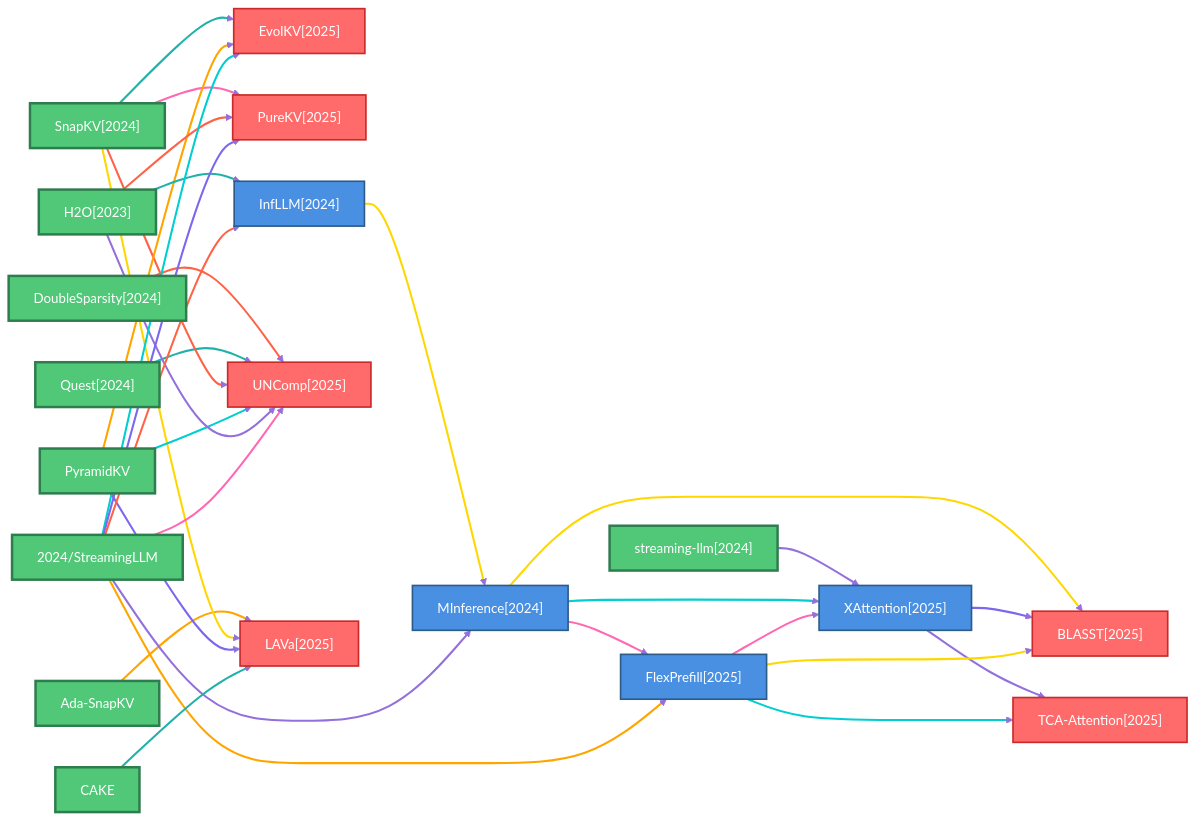
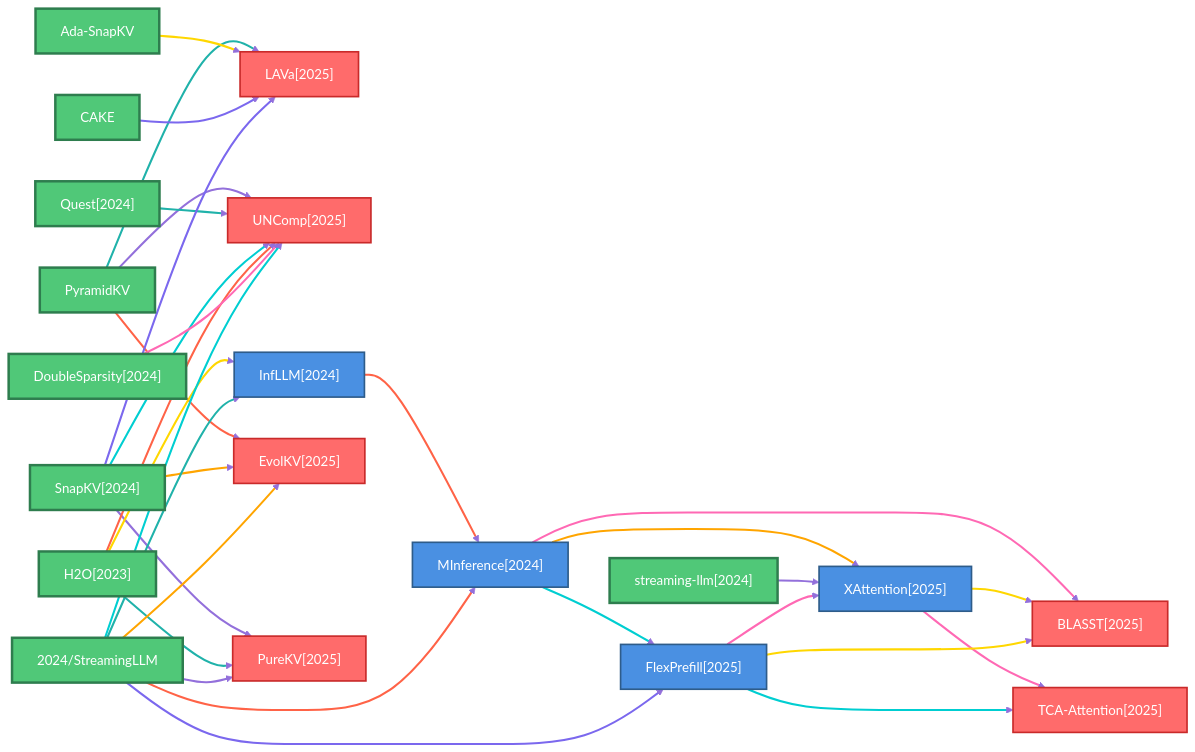
One commit to hustzxd/EfficientPaper changed the fourth of 6 diagrams in docs/baseline_methods_graph.md. Above: the diagram before and after it, drawn with Mermaid (neutral theme). The commit also changed other lines of this file and 9 other files, not shown here.

```diff
--- a/docs/baseline_methods_graph.md
+++ b/docs/baseline_methods_graph.md
@@ -131,98 +131,98 @@
     classDef leafNode fill:#FF6B6B,stroke:#C92A2A,stroke-width:2px,color:#fff
     linkStyle default stroke:#9370DB,stroke-width:2px
 
+    2025_LAVa["LAVa[2025]"]
+    class 2025_LAVa leafNode
+    PyramidKV["PyramidKV"]
+    class PyramidKV rootNode
+    2025_UNComp["UNComp[2025]"]
+    class 2025_UNComp leafNode
+    Ada_SnapKV["Ada-SnapKV"]
+    class Ada_SnapKV rootNode
+    2024_MInference["MInference[2024]"]
+    class 2024_MInference defaultNode
+    CAKE["CAKE"]
+    class CAKE rootNode
     2024_streaming_llm["streaming-llm[2024]"]
     class 2024_streaming_llm rootNode
-    2024_DoubleSparsity["DoubleSparsity[2024]"]
-    class 2024_DoubleSparsity rootNode
+    2024_InfLLM["InfLLM[2024]"]
+    class 2024_InfLLM defaultNode
+    2025_EvolKV["EvolKV[2025]"]
+    class 2025_EvolKV leafNode
     2024_Quest["Quest[2024]"]
     class 2024_Quest rootNode
-    2025_BLASST["BLASST[2025]"]
-    class 2025_BLASST leafNode
-    2025_EvolKV["EvolKV[2025]"]
-    class 2025_EvolKV leafNode
-    2024_MInference["MInference[2024]"]
-    class 2024_MInference defaultNode
-    Ada_SnapKV["Ada-SnapKV"]
-    class Ada_SnapKV rootNode
-    2025_PureKV["PureKV[2025]"]
-    class 2025_PureKV leafNode
     2025_XAttention["XAttention[2025]"]
     class 2025_XAttention defaultNode
     2024_SnapKV["SnapKV[2024]"]
     class 2024_SnapKV rootNode
-    PyramidKV["PyramidKV"]
-    class PyramidKV rootNode
+    2025_BLASST["BLASST[2025]"]
+    class 2025_BLASST leafNode
+    2025_PureKV["PureKV[2025]"]
+    class 2025_PureKV leafNode
     2023_H2O["H2O[2023]"]
     class 2023_H2O rootNode
+    2024_DoubleSparsity["DoubleSparsity[2024]"]
+    class 2024_DoubleSparsity rootNode
     2025_TCA_Attention["TCA-Attention[2025]"]
     class 2025_TCA_Attention leafNode
-    2024_InfLLM["InfLLM[2024]"]
-    class 2024_InfLLM defaultNode
-    2025_UNComp["UNComp[2025]"]
-    class 2025_UNComp leafNode
     2024_StreamingLLM["2024/StreamingLLM"]
     class 2024_StreamingLLM rootNode
-    CAKE["CAKE"]
-    class CAKE rootNode
-    2025_LAVa["LAVa[2025]"]
-    class 2025_LAVa leafNode
     2025_FlexPrefill["FlexPrefill[2025]"]
     class 2025_FlexPrefill defaultNode
 
+    PyramidKV ==>|" "| 2025_UNComp
+    linkStyle 0 stroke:#9370DB,stroke-width:2.5px
+    PyramidKV ==>|" "| 2025_EvolKV
+    linkStyle 1 stroke:#FF6347,stroke-width:2.5px
+    PyramidKV ==>|" "| 2025_LAVa
+    linkStyle 2 stroke:#20B2AA,stroke-width:2.5px
+    Ada_SnapKV ==>|" "| 2025_LAVa
+    linkStyle 3 stroke:#FFD700,stroke-width:2.5px
+    2024_MInference ==>|" "| 2025_BLASST
+    linkStyle 4 stroke:#FF69B4,stroke-width:2.5px
+    2024_MInference ==>|" "| 2025_FlexPrefill
+    linkStyle 5 stroke:#00CED1,stroke-width:2.5px
+    2024_MInference ==>|" "| 2025_XAttention
+    linkStyle 6 stroke:#FFA500,stroke-width:2.5px
+    CAKE ==>|" "| 2025_LAVa
+    linkStyle 7 stroke:#7B68EE,stroke-width:2.5px
     2024_streaming_llm ==>|" "| 2025_XAttention
-    linkStyle 0 stroke:#9370DB,stroke-width:2.5px
+    linkStyle 8 stroke:#9370DB,stroke-width:2.5px
+    2024_InfLLM ==>|" "| 2024_MInference
+    linkStyle 9 stroke:#FF6347,stroke-width:2.5px
+    2024_Quest ==>|" "| 2025_UNComp
+    linkStyle 10 stroke:#20B2AA,stroke-width:2.5px
+    2025_XAttention ==>|" "| 2025_BLASST
+    linkStyle 11 stroke:#FFD700,stroke-width:2.5px
+    2025_XAttention ==>|" "| 2025_TCA_Attention
+    linkStyle 12 stroke:#FF69B4,stroke-width:2.5px
+    2024_SnapKV ==>|" "| 2025_UNComp
+    linkStyle 13 stroke:#00CED1,stroke-width:2.5px
+    2024_SnapKV ==>|" "| 2025_EvolKV
+    linkStyle 14 stroke:#FFA500,stroke-width:2.5px
+    2024_SnapKV ==>|" "| 2025_LAVa
+    linkStyle 15 stroke:#7B68EE,stroke-width:2.5px
+    2024_SnapKV ==>|" "| 2025_PureKV
+    linkStyle 16 stroke:#9370DB,stroke-width:2.5px
+    2023_H2O ==>|" "| 2025_UNComp
+    linkStyle 17 stroke:#FF6347,stroke-width:2.5px
+    2023_H2O ==>|" "| 2025_PureKV
+    linkStyle 18 stroke:#20B2AA,stroke-width:2.5px
+    2023_H2O ==>|" "| 2024_InfLLM
+    linkStyle 19 stroke:#FFD700,stroke-width:2.5px
     2024_DoubleSparsity ==>|" "| 2025_UNComp
-    linkStyle 1 stroke:#FF6347,stroke-width:2.5px
-    2024_Quest ==>|" "| 2025_UNComp
-    linkStyle 2 stroke:#20B2AA,stroke-width:2.5px
-    2024_MInference ==>|" "| 2025_BLASST
-    linkStyle 3 stroke:#FFD700,stroke-width:2.5px
-    2024_MInference ==>|" "| 2025_FlexPrefill
-    linkStyle 4 stroke:#FF69B4,stroke-width:2.5px
-    2024_MInference ==>|" "| 2025_XAttention
-    linkStyle 5 stroke:#00CED1,stroke-width:2.5px
-    Ada_SnapKV ==>|" "| 2025_LAVa
-    linkStyle 6 stroke:#FFA500,stroke-width:2.5px
-    2025_XAttention ==>|" "| 2025_BLASST
-    linkStyle 7 stroke:#7B68EE,stroke-width:2.5px
-    2025_XAttention ==>|" "| 2025_TCA_Attention
-    linkStyle 8 stroke:#9370DB,stroke-width:2.5px
-    2024_SnapKV ==>|" "| 2025_UNComp
-    linkStyle 9 stroke:#FF6347,stroke-width:2.5px
-    2024_SnapKV ==>|" "| 2025_EvolKV
-    linkStyle 10 stroke:#20B2AA,stroke-width:2.5px
-    2024_SnapKV ==>|" "| 2025_LAVa
-    linkStyle 11 stroke:#FFD700,stroke-width:2.5px
-    2024_SnapKV ==>|" "| 2025_PureKV
-    linkStyle 12 stroke:#FF69B4,stroke-width:2.5px
-    PyramidKV ==>|" "| 2025_UNComp
-    linkStyle 13 stroke:#00CED1,stroke-width:2.5px
-    PyramidKV ==>|" "| 2025_EvolKV
-    linkStyle 14 stroke:#FFA500,stroke-width:2.5px
-    PyramidKV ==>|" "| 2025_LAVa
-    linkStyle 15 stroke:#7B68EE,stroke-width:2.5px
-    2023_H2O ==>|" "| 2025_UNComp
-    linkStyle 16 stroke:#9370DB,stroke-width:2.5px
-    2023_H2O ==>|" "| 2025_PureKV
-    linkStyle 17 stroke:#FF6347,stroke-width:2.5px
-    2023_H2O ==>|" "| 2024_InfLLM
-    linkStyle 18 stroke:#20B2AA,stroke-width:2.5px
-    2024_InfLLM ==>|" "| 2024_MInference
-    linkStyle 19 stroke:#FFD700,stroke-width:2.5px
+    linkStyle 20 stroke:#FF69B4,stroke-width:2.5px
     2024_StreamingLLM ==>|" "| 2025_UNComp
-    linkStyle 20 stroke:#FF69B4,stroke-width:2.5px
+    linkStyle 21 stroke:#00CED1,stroke-width:2.5px
     2024_StreamingLLM ==>|" "| 2025_EvolKV
-    linkStyle 21 stroke:#00CED1,stroke-width:2.5px
+    linkStyle 22 stroke:#FFA500,stroke-width:2.5px
     2024_StreamingLLM ==>|" "| 2025_FlexPrefill
-    linkStyle 22 stroke:#FFA500,stroke-width:2.5px
+    linkStyle 23 stroke:#7B68EE,stroke-width:2.5px
     2024_StreamingLLM ==>|" "| 2025_PureKV
-    linkStyle 23 stroke:#7B68EE,stroke-width:2.5px
+    linkStyle 24 stroke:#9370DB,stroke-width:2.5px
     2024_StreamingLLM ==>|" "| 2024_MInference
-    linkStyle 24 stroke:#9370DB,stroke-width:2.5px
+    linkStyle 25 stroke:#FF6347,stroke-width:2.5px
     2024_StreamingLLM ==>|" "| 2024_InfLLM
-    linkStyle 25 stroke:#FF6347,stroke-width:2.5px
-    CAKE ==>|" "| 2025_LAVa
     linkStyle 26 stroke:#20B2AA,stroke-width:2.5px
     2025_FlexPrefill ==>|" "| 2025_BLASST
     linkStyle 27 stroke:#FFD700,stroke-width:2.5px
```
